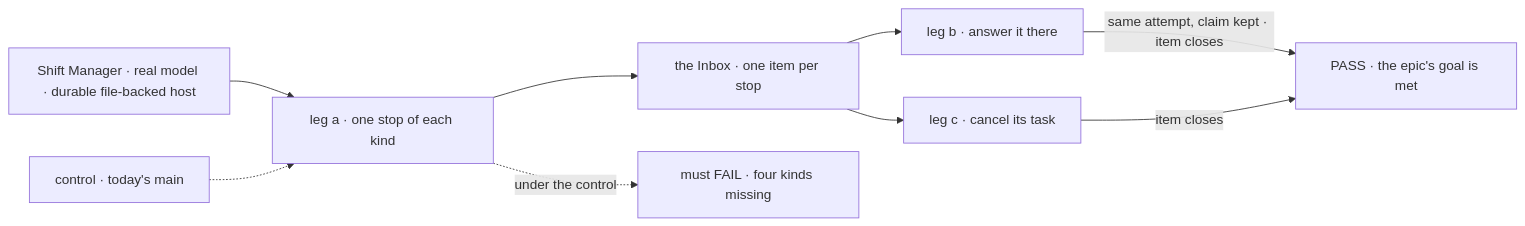
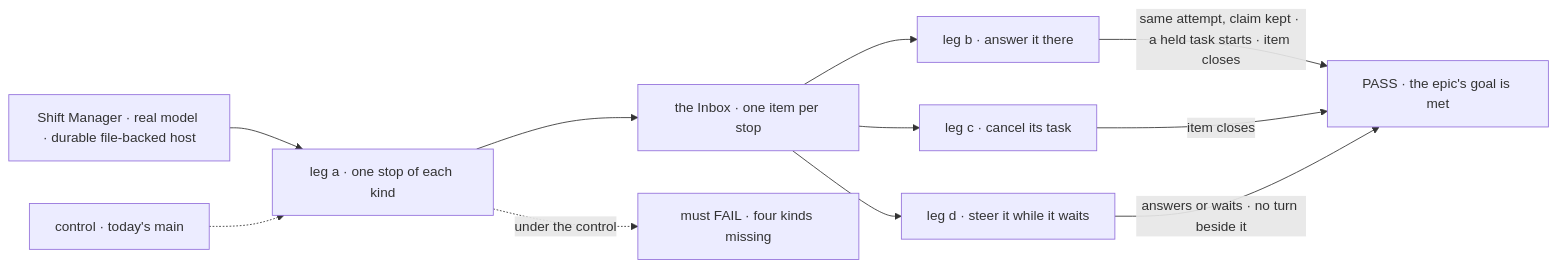
One commit to fixpoint-labs/flow-state-dev changed the first of 2 diagrams in specs/epics/FIX-2058/SPEC.md. Above: the diagram before and after it, drawn with Mermaid. The commit also changed other lines of this file and 2 other files, not shown here.

First line of the commit message:
spec(epic): fold first review round into FIX-2058

````diff
--- a/specs/epics/FIX-2058/SPEC.md
+++ b/specs/epics/FIX-2058/SPEC.md
@@ -36,11 +36,13 @@
 ```mermaid
 flowchart LR
   A["Shift Manager · real model · durable file-backed host"] --> L1["leg a · one stop of each kind"]
   L1 --> I["the Inbox · one item per stop"]
   I --> L2["leg b · answer it there"]
   I --> L3["leg c · cancel its task"]
-  L2 -->|"same attempt, claim kept · item closes"| P["PASS · the epic's goal is met"]
+  I --> L4["leg d · steer it while it waits"]
+  L2 -->|"same attempt, claim kept · a held task starts · item closes"| P["PASS · the epic's goal is met"]
   L3 -->|"item closes"| P
+  L4 -->|"answers or waits · no turn beside it"| P
   C["control · today's main"] -.-> L1
   L1 -.->|"under the control"| F["must FAIL · four kinds missing"]
 ```
````
